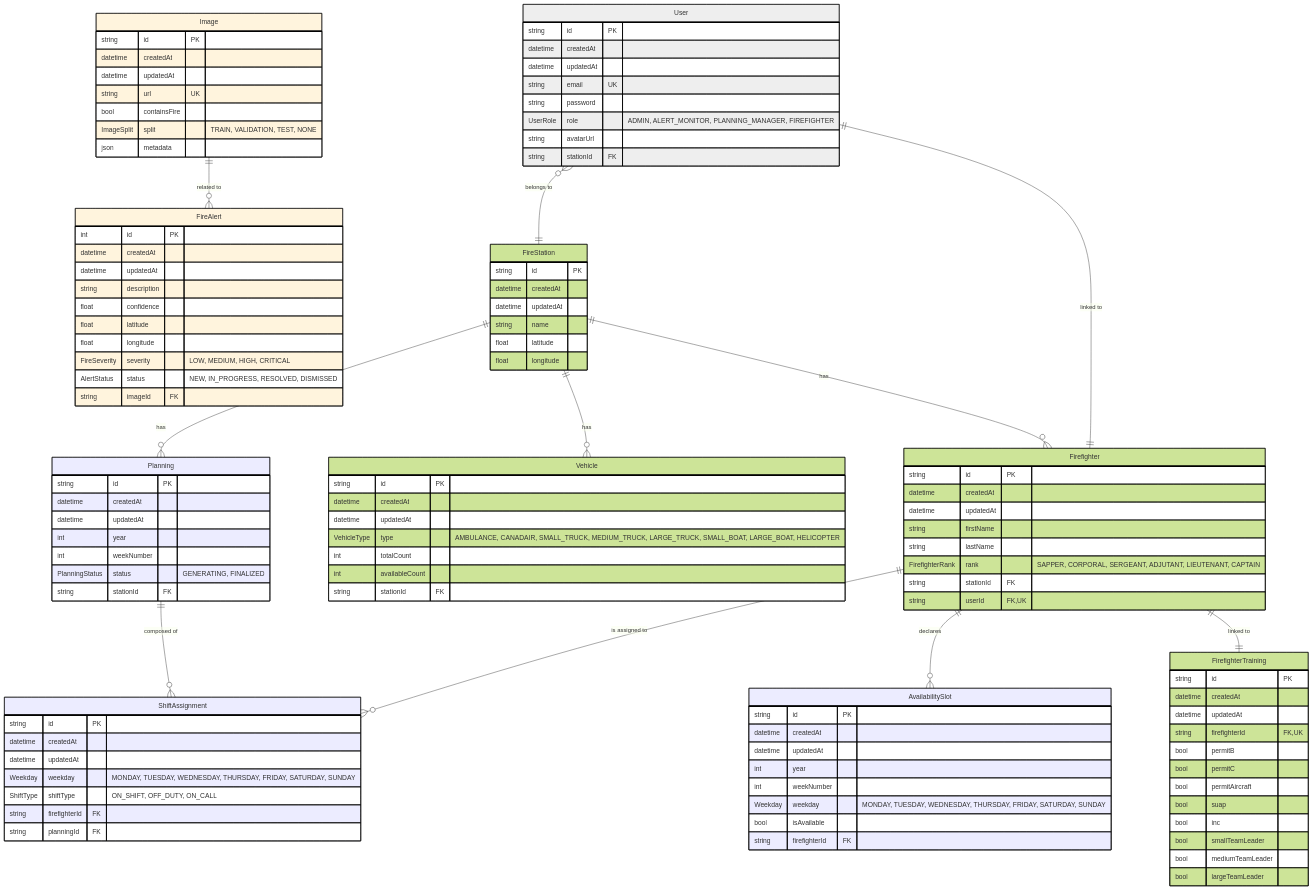
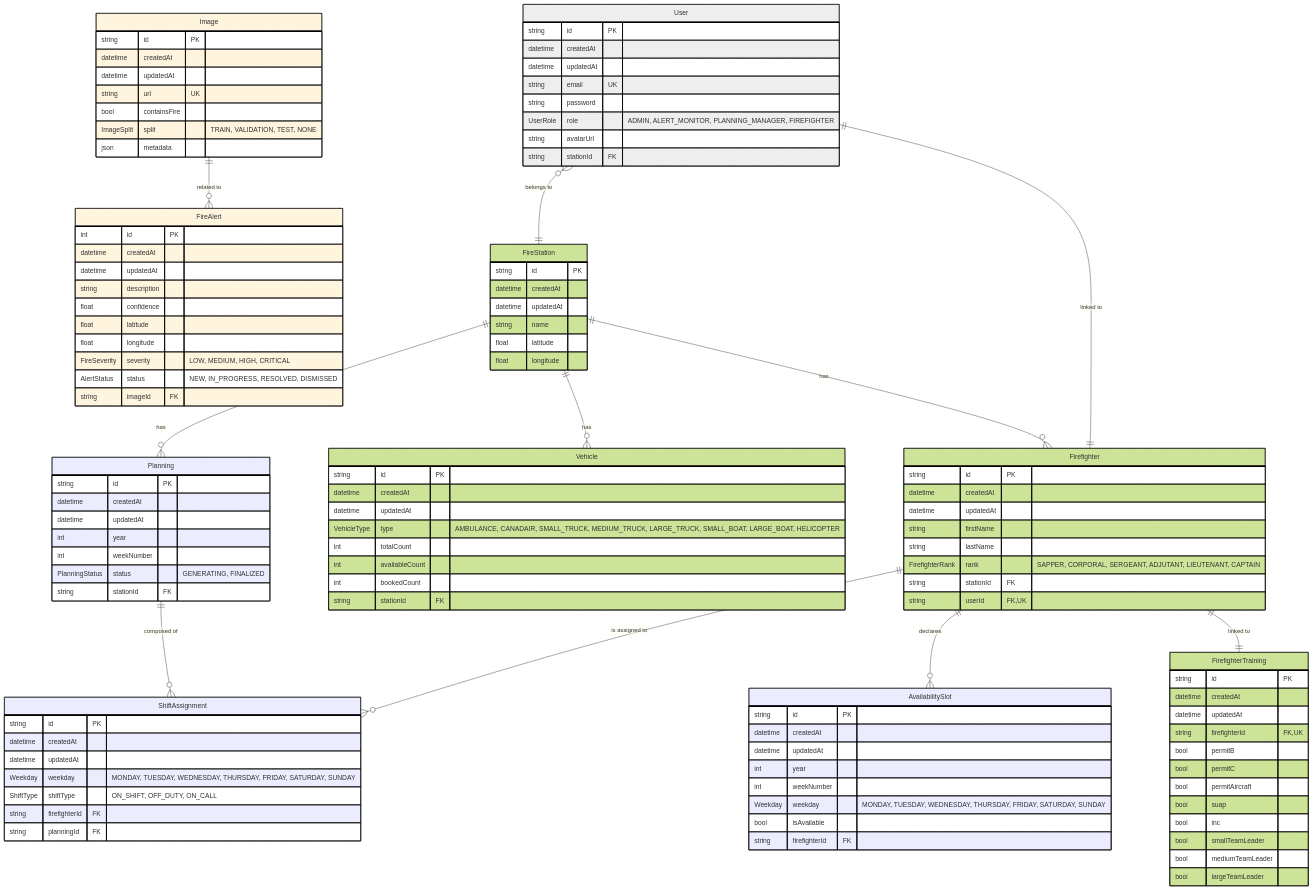
One commit to insa-resq/firepulse-databases changed the diagram in src/diagrams/db.mmd. Above: the diagram before and after it, drawn with Mermaid. The commit also changed 3 other files, not shown here.

Commit message:
feat: add booked vehicles count

```diff
--- a/src/diagrams/db.mmd
+++ b/src/diagrams/db.mmd
@@ -1,115 +1,116 @@
 erDiagram
   User:::accounts {
     string id PK
     datetime createdAt
     datetime updatedAt
     string email UK
     string password
     UserRole role "ADMIN, ALERT_MONITOR, PLANNING_MANAGER, FIREFIGHTER"
     string avatarUrl
     string stationId FK
   }
   FireAlert:::detection {
     int id PK
     datetime createdAt
     datetime updatedAt
     string description
     float confidence
     float latitude
     float longitude
     FireSeverity severity "LOW, MEDIUM, HIGH, CRITICAL"
     AlertStatus status "NEW, IN_PROGRESS, RESOLVED, DISMISSED"
     string imageId FK
   }
   Image:::detection {
     string id PK
     datetime createdAt
     datetime updatedAt
     string url UK
     bool containsFire
     ImageSplit split "TRAIN, VALIDATION, TEST, NONE"
     json metadata
   }
   Planning:::planning {
     string id PK
     datetime createdAt
     datetime updatedAt
     int year
     int weekNumber
     PlanningStatus status "GENERATING, FINALIZED"
     string stationId FK
   }
   ShiftAssignment:::planning {
     string id PK
     datetime createdAt
     datetime updatedAt
     Weekday weekday "MONDAY, TUESDAY, WEDNESDAY, THURSDAY, FRIDAY, SATURDAY, SUNDAY"
     ShiftType shiftType "ON_SHIFT, OFF_DUTY, ON_CALL"
     string firefighterId FK
     string planningId FK
   }
   AvailabilitySlot:::planning {
     string id PK
     datetime createdAt
     datetime updatedAt
     int year
     int weekNumber
     Weekday weekday "MONDAY, TUESDAY, WEDNESDAY, THURSDAY, FRIDAY, SATURDAY, SUNDAY"
     bool isAvailable
     string firefighterId FK
   }
   FireStation:::registry {
     string id PK
     datetime createdAt
     datetime updatedAt
     string name
     float latitude
     float longitude
   }
   Vehicle:::registry {
     string id PK
     datetime createdAt
     datetime updatedAt
     VehicleType type "AMBULANCE, CANADAIR, SMALL_TRUCK, MEDIUM_TRUCK, LARGE_TRUCK, SMALL_BOAT, LARGE_BOAT, HELICOPTER"
     int totalCount
     int availableCount
+    int bookedCount
     string stationId FK
   }
   Firefighter:::registry {
     string id PK
     datetime createdAt
     datetime updatedAt
     string firstName
     string lastName
     FirefighterRank rank "SAPPER, CORPORAL, SERGEANT, ADJUTANT, LIEUTENANT, CAPTAIN"
     string stationId FK
     string userId FK,UK
   }
   FirefighterTraining:::registry {
     string id PK
     datetime createdAt
     datetime updatedAt
     string firefighterId FK,UK
     bool permitB
     bool permitC
     bool permitAircraft
     bool suap
     bool inc
     bool smallTeamLeader
     bool mediumTeamLeader
     bool largeTeamLeader
   }
   Image ||--o{ FireAlert : "related to"
   User ||--|| Firefighter : "linked to"
   User }o--|| FireStation : "belongs to"
   FireStation ||--o{ Planning : "has"
   FireStation ||--o{ Vehicle : "has"
   FireStation ||--o{ Firefighter : "has"
   Firefighter ||--o{ AvailabilitySlot : "declares"
   Firefighter ||--o{ ShiftAssignment : "is assigned to"
   Firefighter ||--|| FirefighterTraining : "linked to"
   Planning ||--o{ ShiftAssignment : "composed of"
   classDef detection fill:#fff4dd,stroke:#000
   classDef accounts fill:#eeeeee,stroke:#000
   classDef registry fill:#cde498,stroke:#000
   classDef planning fill:#ececff,stroke:#000
```
